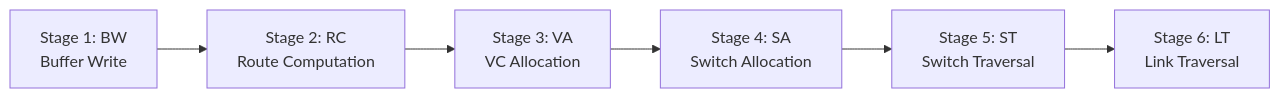
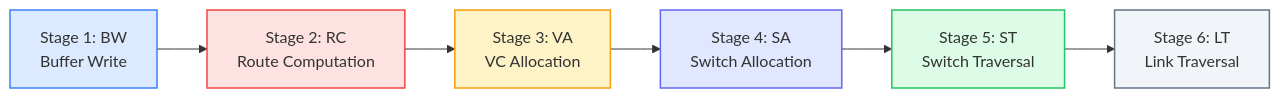
Before and after one commit to network-on-chip/learning: the first of 2 diagrams in docs/track2-router-architecture/01-pipeline-stages.md, drawn with Mermaid. The commit also changed other lines of this file and 8 other files, not shown here.

Commit message:
Upgrade Track 2: Router Microarchitecture with 4 interactive simulators, synthesizable Verilog matrix arbiter, and SMART bypass routers

````diff
--- a/docs/track2-router-architecture/01-pipeline-stages.md
+++ b/docs/track2-router-architecture/01-pipeline-stages.md
@@ -11,8 +13,15 @@
 ```mermaid
 graph LR
   BW["Stage 1: BW<br/>Buffer Write"] --> RC["Stage 2: RC<br/>Route Computation"]
   RC --> VA["Stage 3: VA<br/>VC Allocation"]
   VA --> SA["Stage 4: SA<br/>Switch Allocation"]
   SA --> ST["Stage 5: ST<br/>Switch Traversal"]
   ST --> LT["Stage 6: LT<br/>Link Traversal"]
+
+  style BW fill:#dbeafe,stroke:#3b82f6,stroke-width:1.5px;
+  style RC fill:#fee2e2,stroke:#ef4444,stroke-width:1.5px;
+  style VA fill:#fef3c7,stroke:#f59e0b,stroke-width:1.5px;
+  style SA fill:#e0e7ff,stroke:#6366f1,stroke-width:1.5px;
+  style ST fill:#dcfce7,stroke:#22c55e,stroke-width:1.5px;
+  style LT fill:#f1f5f9,stroke:#64748b,stroke-width:1.5px;
 ```
````
